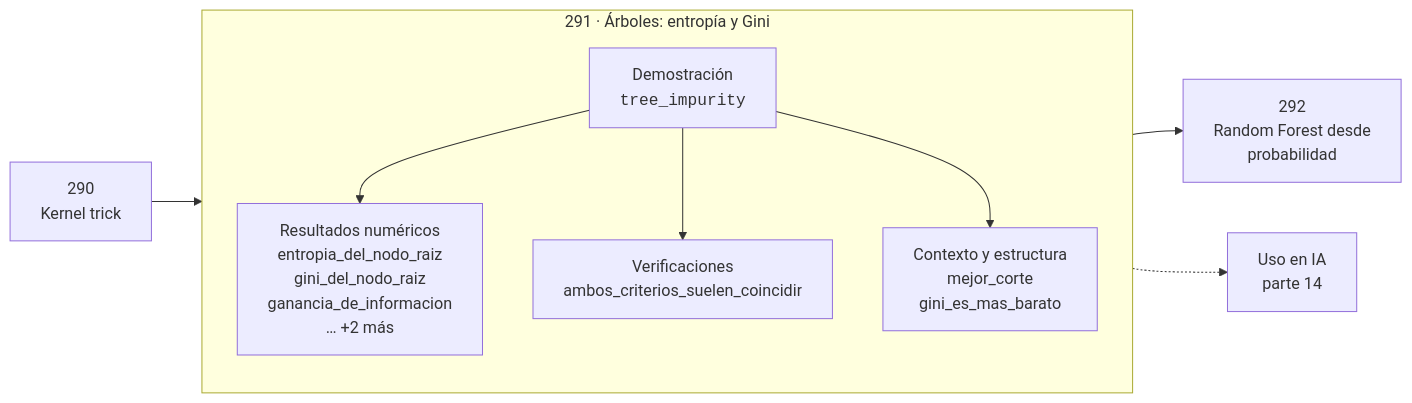
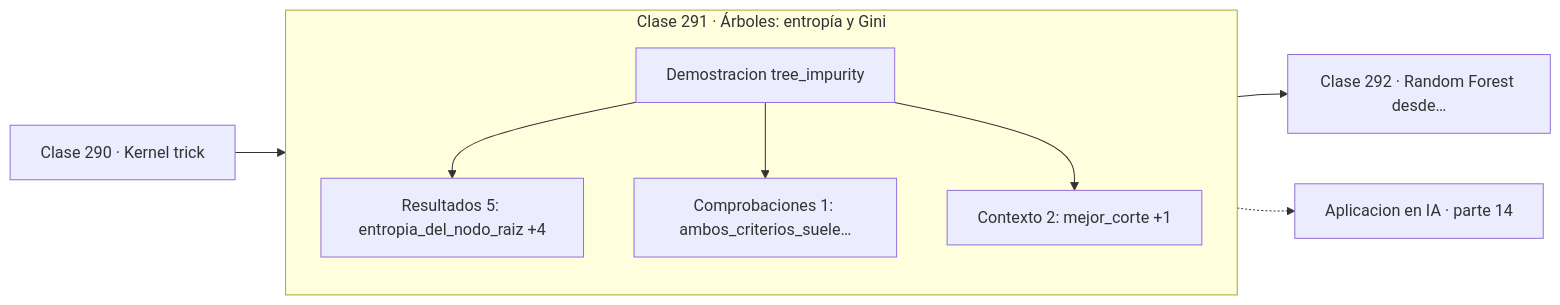
Before and after one commit to vladimiracunadev-create/computational-mathematics-program: the diagram in classes/part-14-matematica-de-machine-learning/291-arboles-entropia-y-gini/README.md, drawn with Mermaid. The commit also changed 389 other files, not shown here.

First line of the commit message:
fix(diagramas): elimina el HTML de las etiquetas Mermaid

````diff
--- a/classes/part-14-matematica-de-machine-learning/291-arboles-entropia-y-gini/README.md
+++ b/classes/part-14-matematica-de-machine-learning/291-arboles-entropia-y-gini/README.md
@@ -30,12 +30,13 @@
 ```mermaid
 flowchart LR
-    P["290<br/>Kernel trick"] --> C
-    subgraph C["291 · Árboles: entropía y Gini"]
+    P["Clase 290 · Kernel trick"] --> D
+    subgraph CLASE["Clase 291 · Árboles: entropía y Gini"]
         direction TB
-        D["Demostración<br/><code>tree_impurity</code>"] --> R["Resultados numéricos<br/>entropia_del_nodo_raiz<br/>gini_del_nodo_raiz<br/>ganancia_de_informacion<br/>… +2 más"]
-        D --> V["Verificaciones<br/>ambos_criterios_suelen_coincidir"]
-        D --> O["Contexto y estructura<br/>mejor_corte<br/>gini_es_mas_barato"]
+        D["Demostracion tree_impurity"]
+        D --> R["Resultados 5: entropia_del_nodo_raiz +4"]
+        D --> V["Comprobaciones 1: ambos_criterios_suele…"]
+        D --> O["Contexto 2: mejor_corte +1"]
     end
-    C --> N["292<br/>Random Forest desde<br/>probabilidad"]
-    C -.-> IA["Uso en IA<br/>parte 14"]
+    R --> N["Clase 292 · Random Forest desde…"]
+    V -.-> IA["Aplicacion en IA · parte 14"]
 ```
````
